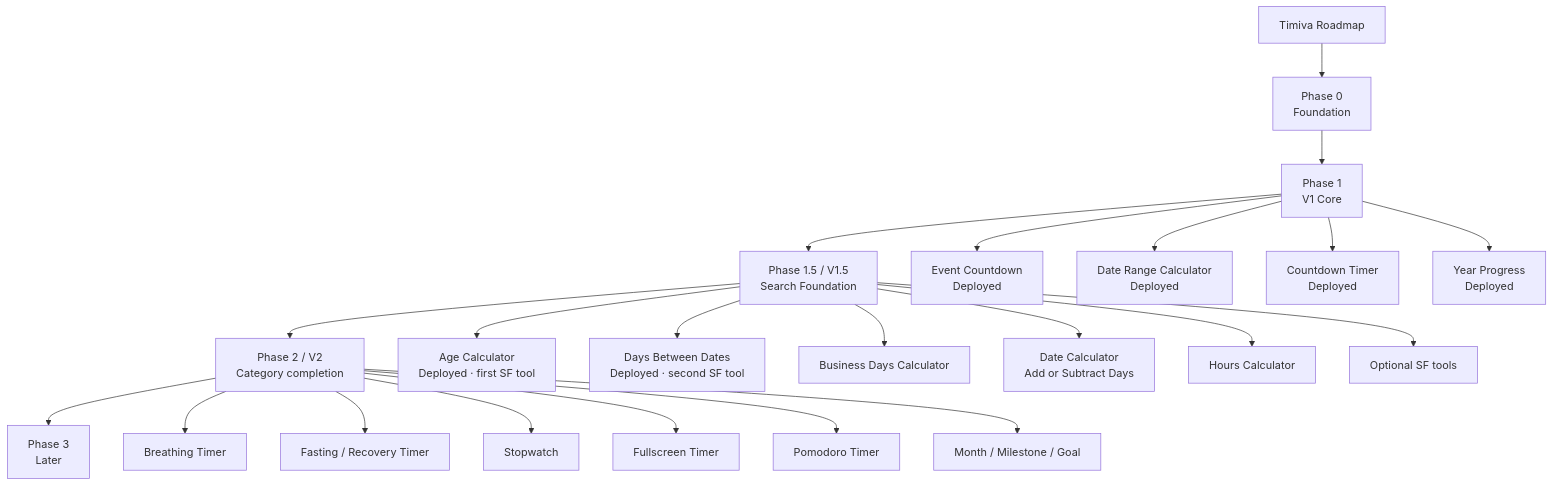
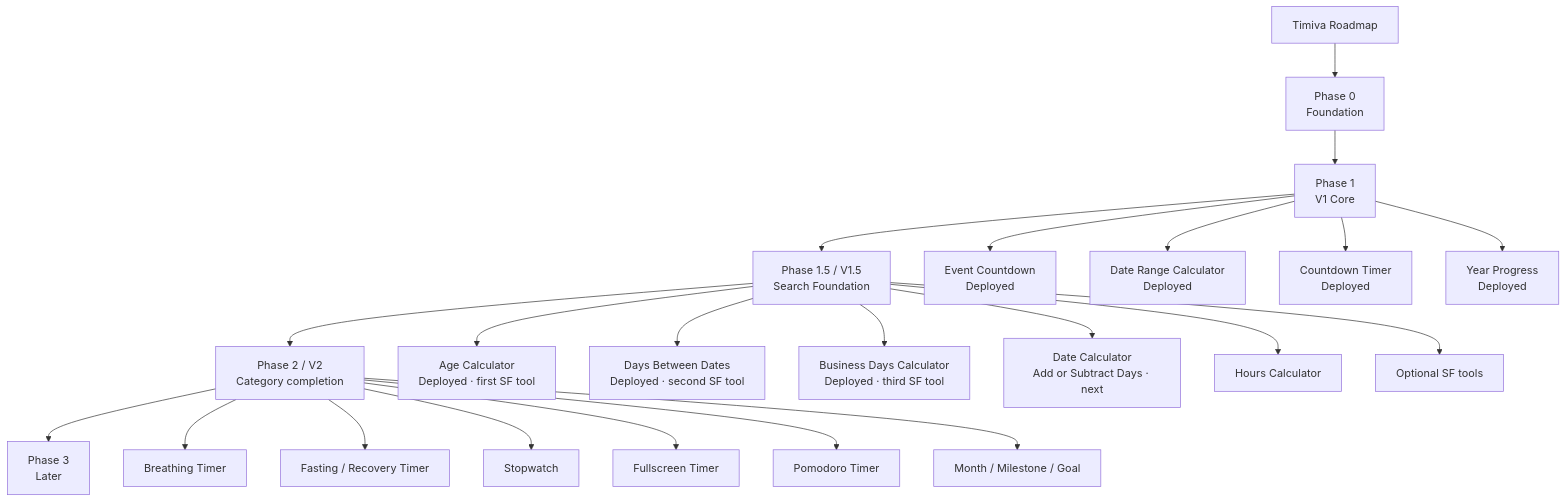
Before and after one commit to jd-jane/Timiva: the diagram in docs/core/roadmap.md, drawn with Mermaid. The commit also changed other lines of this file and 6 other files, not shown here.

Commit message:
docs: record Business Days Calculator launch

````diff
--- a/docs/core/roadmap.md
+++ b/docs/core/roadmap.md
@@ -35,27 +35,27 @@
 ```mermaid
 flowchart TD
     A[Timiva Roadmap] --> B[Phase 0<br/>Foundation]
     B --> C[Phase 1<br/>V1 Core]
     C --> D[Phase 1.5 / V1.5<br/>Search Foundation]
     D --> E[Phase 2 / V2<br/>Category completion]
     E --> F[Phase 3<br/>Later]
 
     C --> C1[Event Countdown<br/>Deployed]
     C --> C2[Date Range Calculator<br/>Deployed]
     C --> C3[Countdown Timer<br/>Deployed]
     C --> C4[Year Progress<br/>Deployed]
 
     D --> D1[Age Calculator<br/>Deployed · first SF tool]
     D --> D2[Days Between Dates<br/>Deployed · second SF tool]
-    D --> D3[Business Days Calculator]
-    D --> D4[Date Calculator<br/>Add or Subtract Days]
+    D --> D3[Business Days Calculator<br/>Deployed · third SF tool]
+    D --> D4[Date Calculator<br/>Add or Subtract Days · next]
     D --> D5[Hours Calculator]
     D --> D6[Optional SF tools]
 
     E --> E1[Breathing Timer]
     E --> E2[Fasting / Recovery Timer]
     E --> E3[Stopwatch]
     E --> E4[Fullscreen Timer]
     E --> E5[Pomodoro Timer]
     E --> E6[Month / Milestone / Goal]
 ```
````
